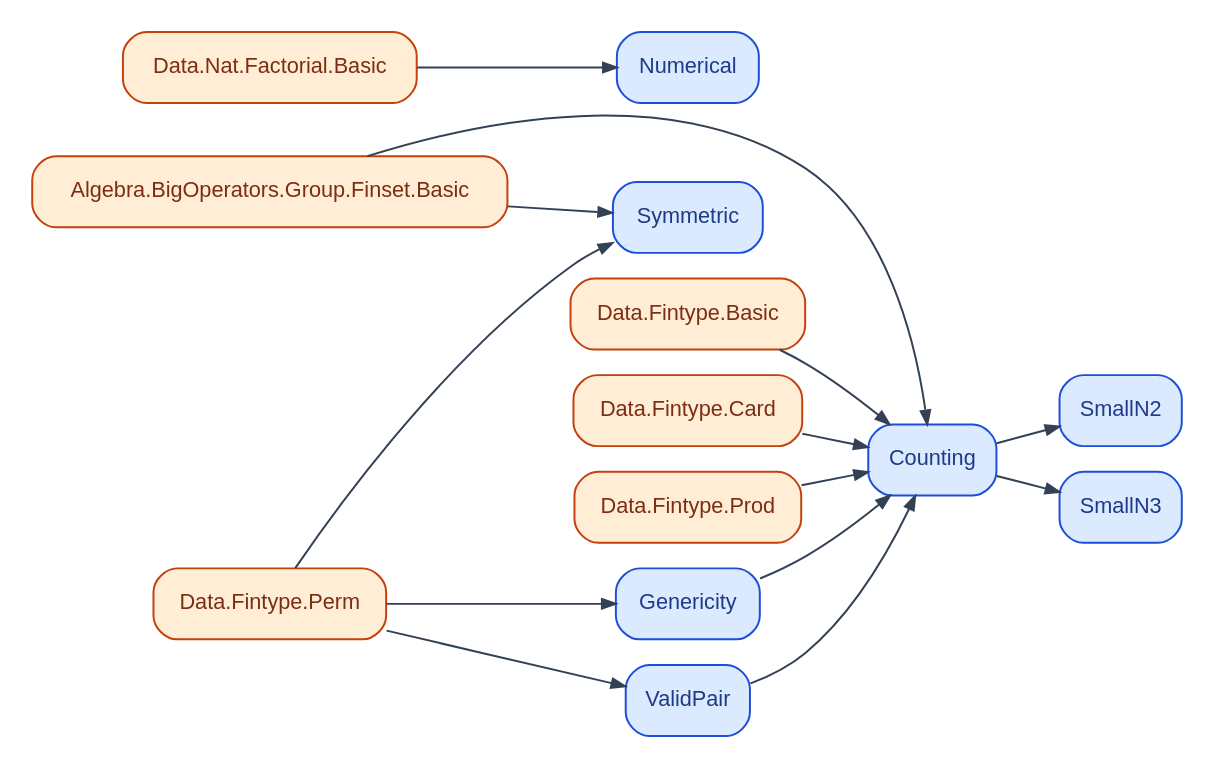
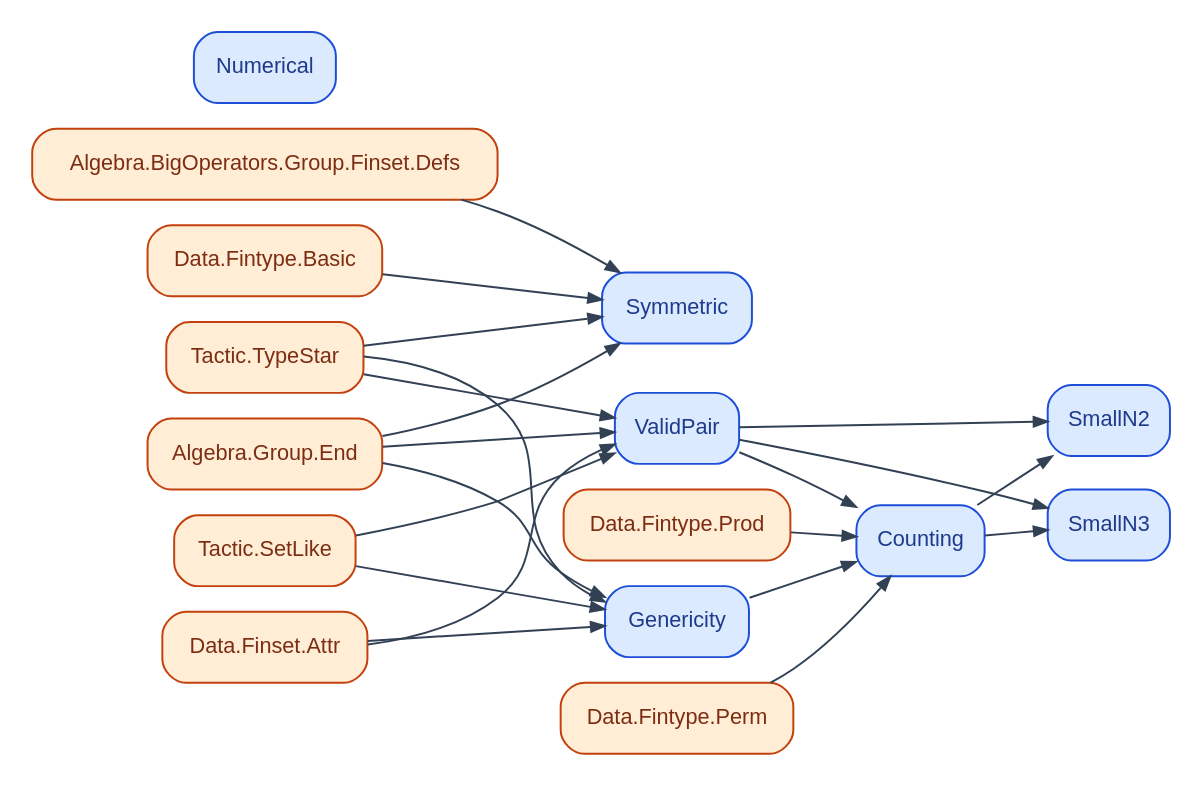
Before and after one commit to catskillsresearch/BachelorsInMeasurementTheory: the diagram in figures/deps/Course21228.dot, drawn with Graphviz. The commit also changed 44 other files, not shown here.

Commit message:
Regenerate course Lean dependency Graphviz figures after the import shake.

```diff
--- a/figures/deps/Course21228.dot
+++ b/figures/deps/Course21228.dot
@@ -1,34 +1,43 @@
 digraph Course21228 {
   rankdir=LR;
   graph [nodesep=0.18, ranksep=0.45, pad=0.12, bgcolor="white"];
   node [shape=box, style="rounded,filled", fontname="Helvetica", fontsize=11];
   edge [color="#334155", arrowsize=0.7];
 
-  LAlgebraBigOperatorsGroupFinsetBasic [label="Algebra.BigOperators.Group.Finset.Basic", fillcolor="#ffedd5", color="#c2410c", fontcolor="#7c2d12"];
+  LAlgebraBigOperatorsGroupFinsetDefs [label="Algebra.BigOperators.Group.Finset.Defs", fillcolor="#ffedd5", color="#c2410c", fontcolor="#7c2d12"];
+  LAlgebraGroupEnd [label="Algebra.Group.End", fillcolor="#ffedd5", color="#c2410c", fontcolor="#7c2d12"];
+  LDataFinsetAttr [label="Data.Finset.Attr", fillcolor="#ffedd5", color="#c2410c", fontcolor="#7c2d12"];
   LDataFintypeBasic [label="Data.Fintype.Basic", fillcolor="#ffedd5", color="#c2410c", fontcolor="#7c2d12"];
-  LDataFintypeCard [label="Data.Fintype.Card", fillcolor="#ffedd5", color="#c2410c", fontcolor="#7c2d12"];
   LDataFintypePerm [label="Data.Fintype.Perm", fillcolor="#ffedd5", color="#c2410c", fontcolor="#7c2d12"];
   LDataFintypeProd [label="Data.Fintype.Prod", fillcolor="#ffedd5", color="#c2410c", fontcolor="#7c2d12"];
-  LDataNatFactorialBasic [label="Data.Nat.Factorial.Basic", fillcolor="#ffedd5", color="#c2410c", fontcolor="#7c2d12"];
+  LTacticSetLike [label="Tactic.SetLike", fillcolor="#ffedd5", color="#c2410c", fontcolor="#7c2d12"];
+  LTacticTypeStar [label="Tactic.TypeStar", fillcolor="#ffedd5", color="#c2410c", fontcolor="#7c2d12"];
   MCounting [label="Counting", fillcolor="#dbeafe", color="#1d4ed8", fontcolor="#1e3a8a"];
   MGenericity [label="Genericity", fillcolor="#dbeafe", color="#1d4ed8", fontcolor="#1e3a8a"];
   MNumerical [label="Numerical", fillcolor="#dbeafe", color="#1d4ed8", fontcolor="#1e3a8a"];
   MSmallN2 [label="SmallN2", fillcolor="#dbeafe", color="#1d4ed8", fontcolor="#1e3a8a"];
   MSmallN3 [label="SmallN3", fillcolor="#dbeafe", color="#1d4ed8", fontcolor="#1e3a8a"];
   MSymmetric [label="Symmetric", fillcolor="#dbeafe", color="#1d4ed8", fontcolor="#1e3a8a"];
   MValidPair [label="ValidPair", fillcolor="#dbeafe", color="#1d4ed8", fontcolor="#1e3a8a"];
 
-  LAlgebraBigOperatorsGroupFinsetBasic -> MCounting;
-  LDataFintypeCard -> MCounting;
-  LDataFintypeBasic -> MCounting;
   LDataFintypeProd -> MCounting;
+  LDataFintypePerm -> MCounting;
   MGenericity -> MCounting;
   MValidPair -> MCounting;
-  LDataFintypePerm -> MGenericity;
-  LDataNatFactorialBasic -> MNumerical;
+  LTacticSetLike -> MGenericity;
+  LAlgebraGroupEnd -> MGenericity;
+  LTacticTypeStar -> MGenericity;
+  LDataFinsetAttr -> MGenericity;
   MCounting -> MSmallN2;
+  MValidPair -> MSmallN2;
   MCounting -> MSmallN3;
-  LAlgebraBigOperatorsGroupFinsetBasic -> MSymmetric;
-  LDataFintypePerm -> MSymmetric;
-  LDataFintypePerm -> MValidPair;
+  MValidPair -> MSmallN3;
+  LAlgebraBigOperatorsGroupFinsetDefs -> MSymmetric;
+  LDataFintypeBasic -> MSymmetric;
+  LAlgebraGroupEnd -> MSymmetric;
+  LTacticTypeStar -> MSymmetric;
+  LTacticSetLike -> MValidPair;
+  LAlgebraGroupEnd -> MValidPair;
+  LTacticTypeStar -> MValidPair;
+  LDataFinsetAttr -> MValidPair;
 }
```
